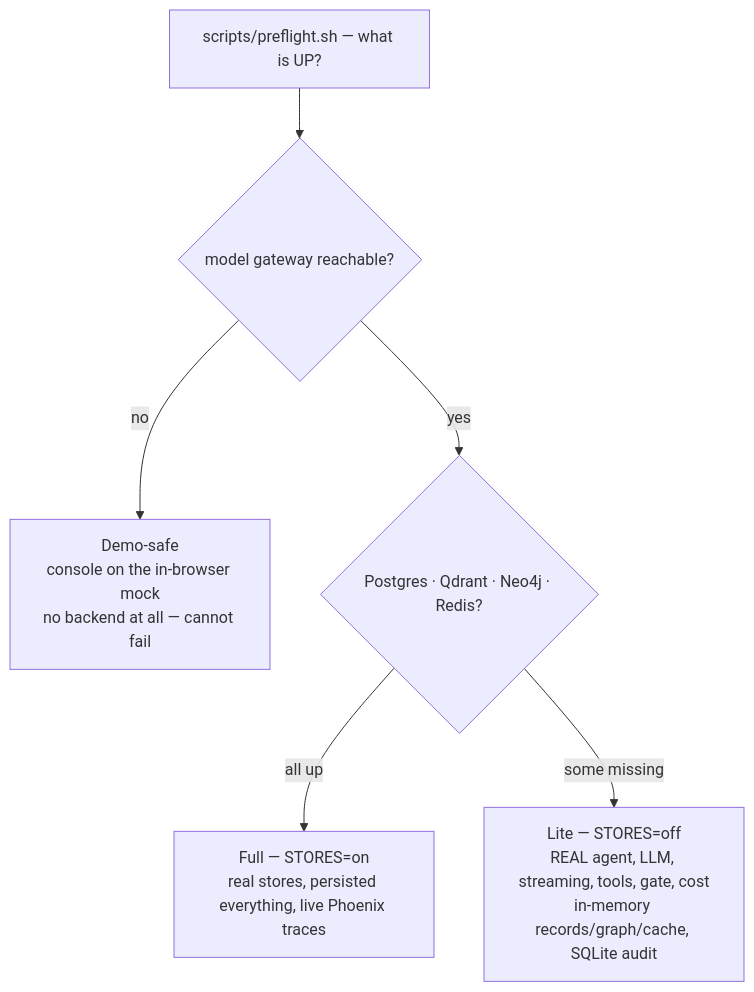
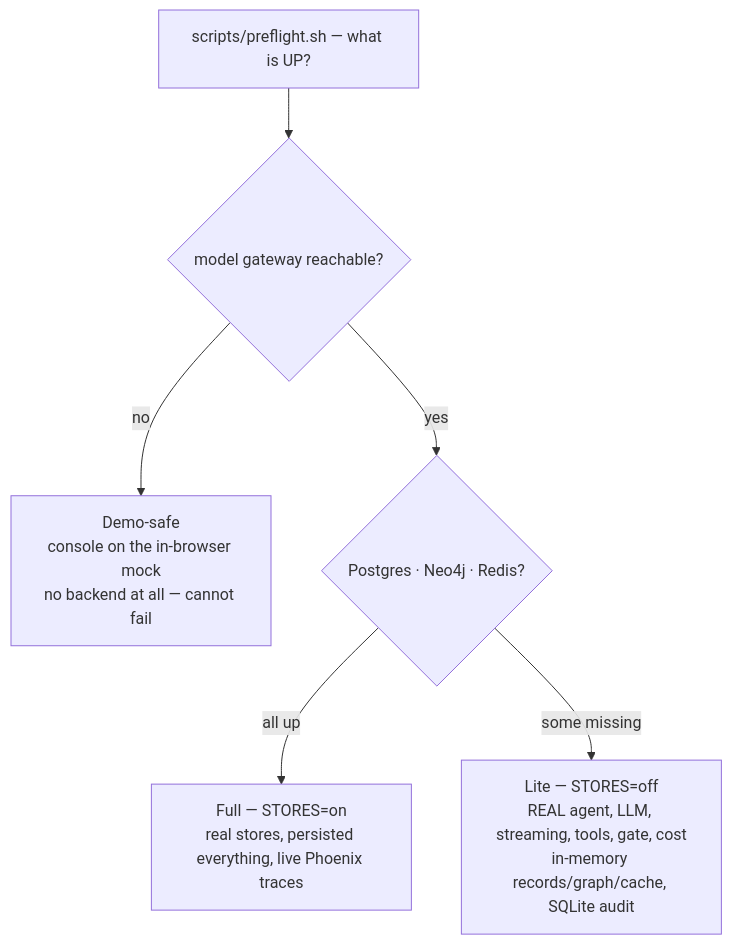
One commit to yrevash/aegis changed the first of 2 diagrams in docs/learn/50-run-and-extend.md. Above: the diagram before and after it, drawn with Mermaid. The commit also changed other lines of this file and 79 other files, not shown here.

````diff
--- a/docs/learn/50-run-and-extend.md
+++ b/docs/learn/50-run-and-extend.md
@@ -86,8 +78,8 @@
 ```mermaid
 flowchart TB
     P["scripts/preflight.sh — what is UP?"] --> Q{"model gateway reachable?"}
     Q -->|no| SAFE["Demo-safe<br/>console on the in-browser mock<br/>no backend at all — cannot fail"]
-    Q -->|yes| R{"Postgres · Qdrant · Neo4j · Redis?"}
+    Q -->|yes| R{"Postgres · Neo4j · Redis?"}
     R -->|"all up"| FULL["Full — STORES=on<br/>real stores, persisted everything, live Phoenix traces"]
     R -->|"some missing"| LITE["Lite — STORES=off<br/>REAL agent, LLM, streaming, tools, gate, cost<br/>in-memory records/graph/cache, SQLite audit"]
 ```
````
